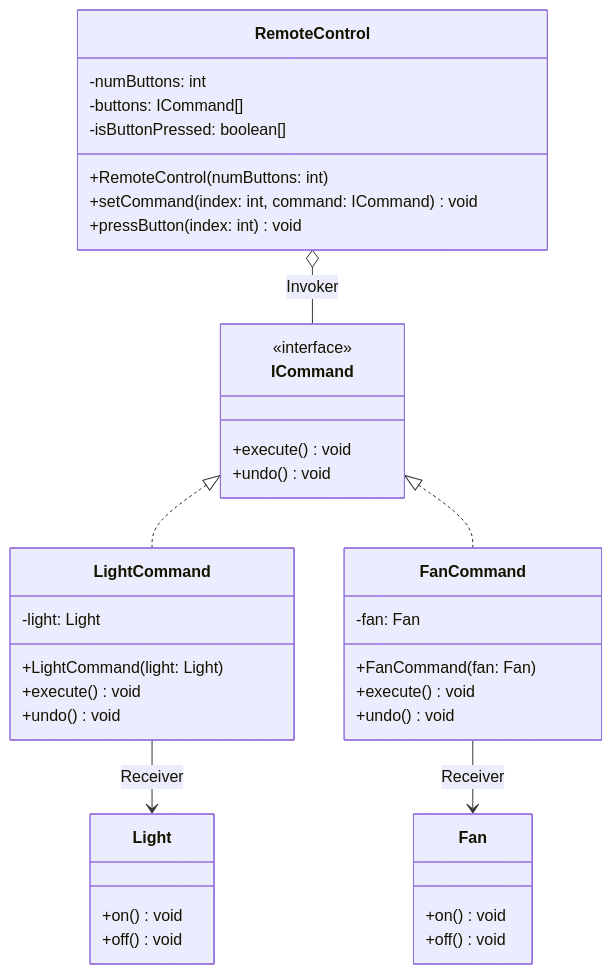
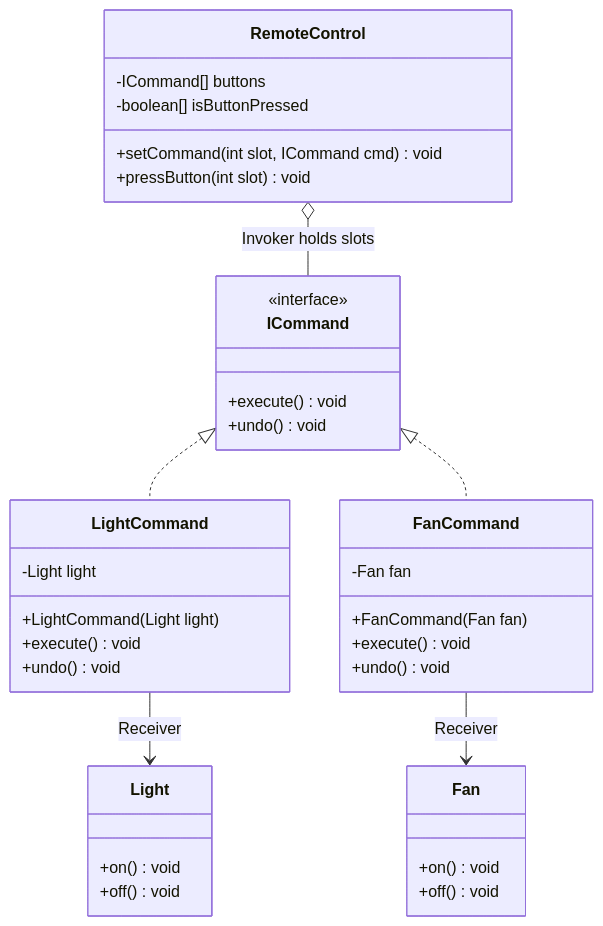
One commit to rohithgowda18/Notes changed the first of 2 diagrams in 04-OOPs-and-Design-Patterns/03-Design-Patterns/15-Command-Design-Pattern.md. Above: the diagram before and after it, drawn with Mermaid. The commit also changed other lines of this file and 17 other files, not shown here.

````diff
--- a/04-OOPs-and-Design-Patterns/03-Design-Patterns/15-Command-Design-Pattern.md
+++ b/04-OOPs-and-Design-Patterns/03-Design-Patterns/15-Command-Design-Pattern.md
@@ -84,49 +59,45 @@
 ```mermaid
 classDiagram
-    direction TB
-
     class ICommand {
         <<interface>>
         +execute() void
         +undo() void
     }
 
     class LightCommand {
-        -light: Light
-        +LightCommand(light: Light)
+        -Light light
+        +LightCommand(Light light)
         +execute() void
         +undo() void
     }
 
     class FanCommand {
-        -fan: Fan
-        +FanCommand(fan: Fan)
+        -Fan fan
+        +FanCommand(Fan fan)
         +execute() void
         +undo() void
     }
 
     class Light {
         +on() void
         +off() void
     }
 
     class Fan {
         +on() void
         +off() void
     }
 
     class RemoteControl {
-        -numButtons: int
-        -buttons: ICommand[]
-        -isButtonPressed: boolean[]
-        +RemoteControl(numButtons: int)
-        +setCommand(index: int, command: ICommand) void
-        +pressButton(index: int) void
+        -ICommand[] buttons
+        -boolean[] isButtonPressed
+        +setCommand(int slot, ICommand cmd) void
+        +pressButton(int slot) void
     }
 
     ICommand <|.. LightCommand
     ICommand <|.. FanCommand
     LightCommand --> Light : Receiver
     FanCommand --> Fan : Receiver
-    RemoteControl o-- ICommand : Invoker
+    RemoteControl o-- ICommand : Invoker holds slots
 ```
````
